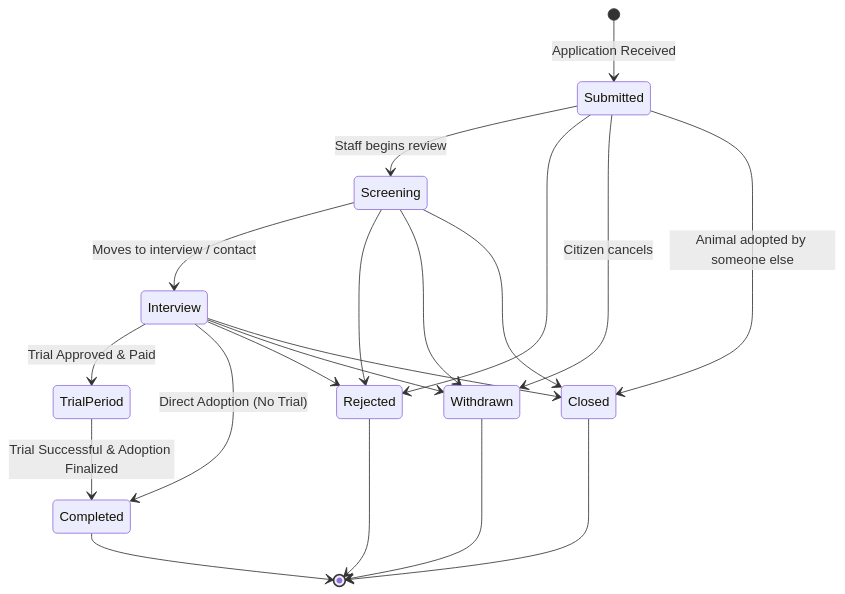
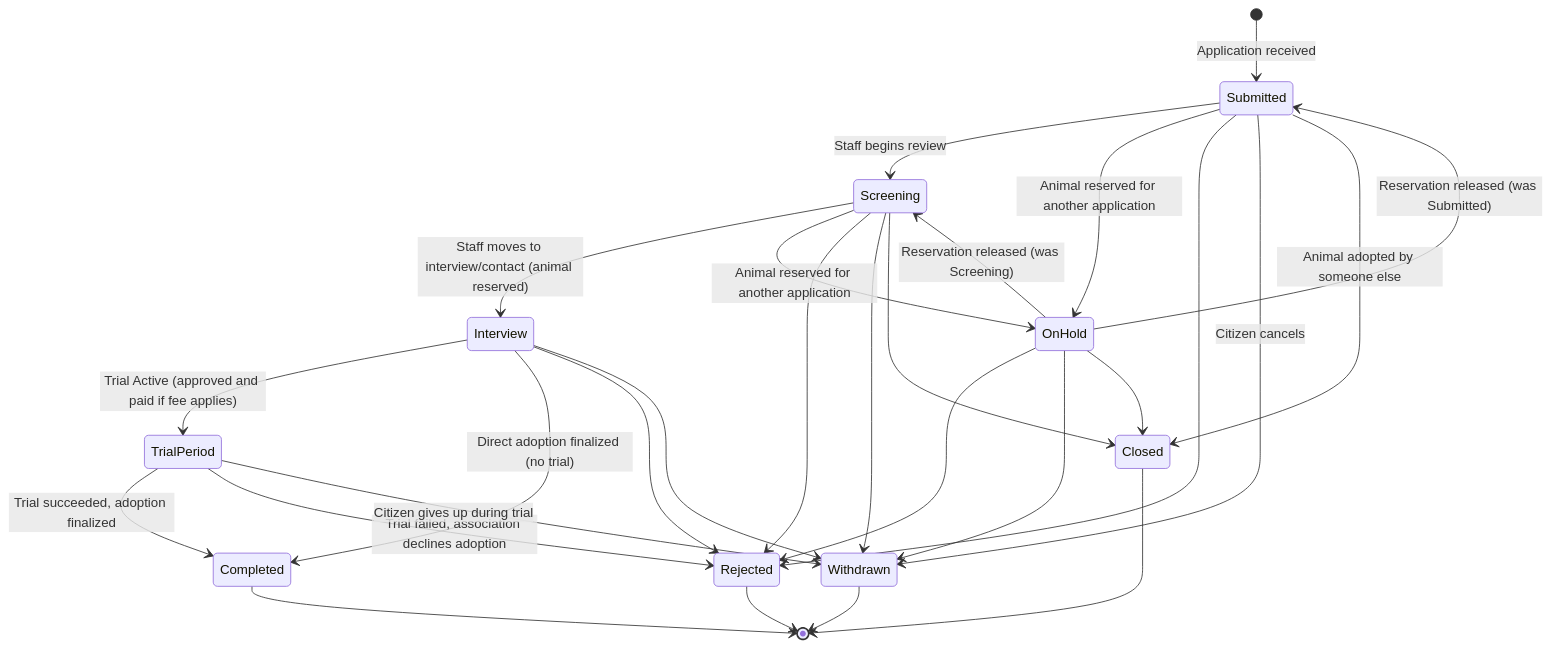
Before and after one commit to ammp102/les-project-group-3-deploy: the third of 8 diagrams in docs/StateMachines.md, drawn with Mermaid. The commit also changed other lines of this file and 4 other files, not shown here.

````diff
--- a/docs/StateMachines.md
+++ b/docs/StateMachines.md
@@ -44,30 +72,37 @@
 ```mermaid
 stateDiagram-v2
-    [*] --> Submitted : Application Received
-    
+    [*] --> Submitted : Application received
+
     Submitted --> Screening : Staff begins review
-    Screening --> Interview : Moves to interview / contact
-    
-    Interview --> TrialPeriod : Trial Approved & Paid
-    Interview --> Completed : Direct Adoption (No Trial)
-    
-    TrialPeriod --> Completed : Trial Successful & Adoption Finalized
-    
-    %% Terminal States
+    Screening --> Interview : Staff moves to interview/contact (animal reserved)
+
+    Submitted --> OnHold : Animal reserved for another application
+    Screening --> OnHold : Animal reserved for another application
+    OnHold --> Submitted : Reservation released (was Submitted)
+    OnHold --> Screening : Reservation released (was Screening)
+
+    Interview --> TrialPeriod : Trial Active (approved and paid if fee applies)
+    Interview --> Completed : Direct adoption finalized (no trial)
+    TrialPeriod --> Completed : Trial succeeded, adoption finalized
+
     Submitted --> Rejected
     Screening --> Rejected
+    OnHold --> Rejected
     Interview --> Rejected
-    
+    TrialPeriod --> Rejected : Trial failed, association declines adoption
+
     Submitted --> Withdrawn : Citizen cancels
     Screening --> Withdrawn
+    OnHold --> Withdrawn
     Interview --> Withdrawn
-    
+    TrialPeriod --> Withdrawn : Citizen gives up during trial
+
     Submitted --> Closed : Animal adopted by someone else
     Screening --> Closed
-    Interview --> Closed
-    
+    OnHold --> Closed
+
     Completed --> [*]
     Rejected --> [*]
     Withdrawn --> [*]
     Closed --> [*]
 ```
````
